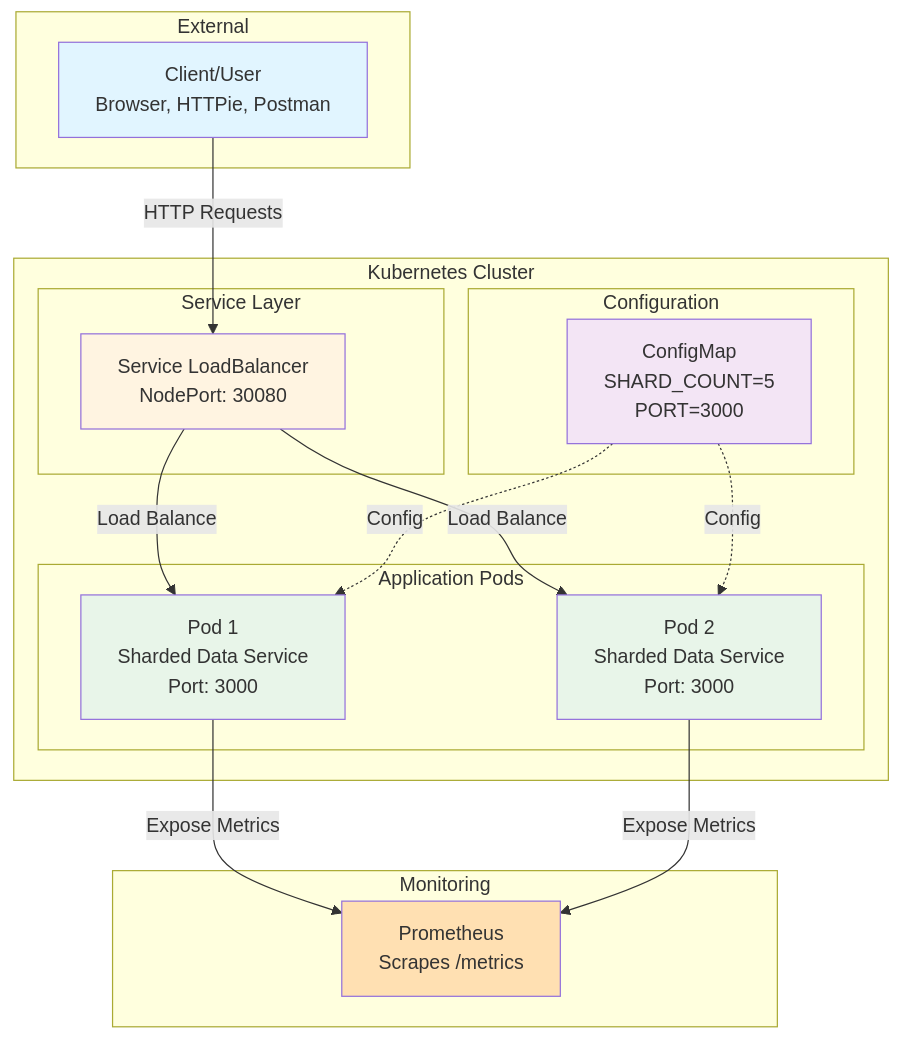
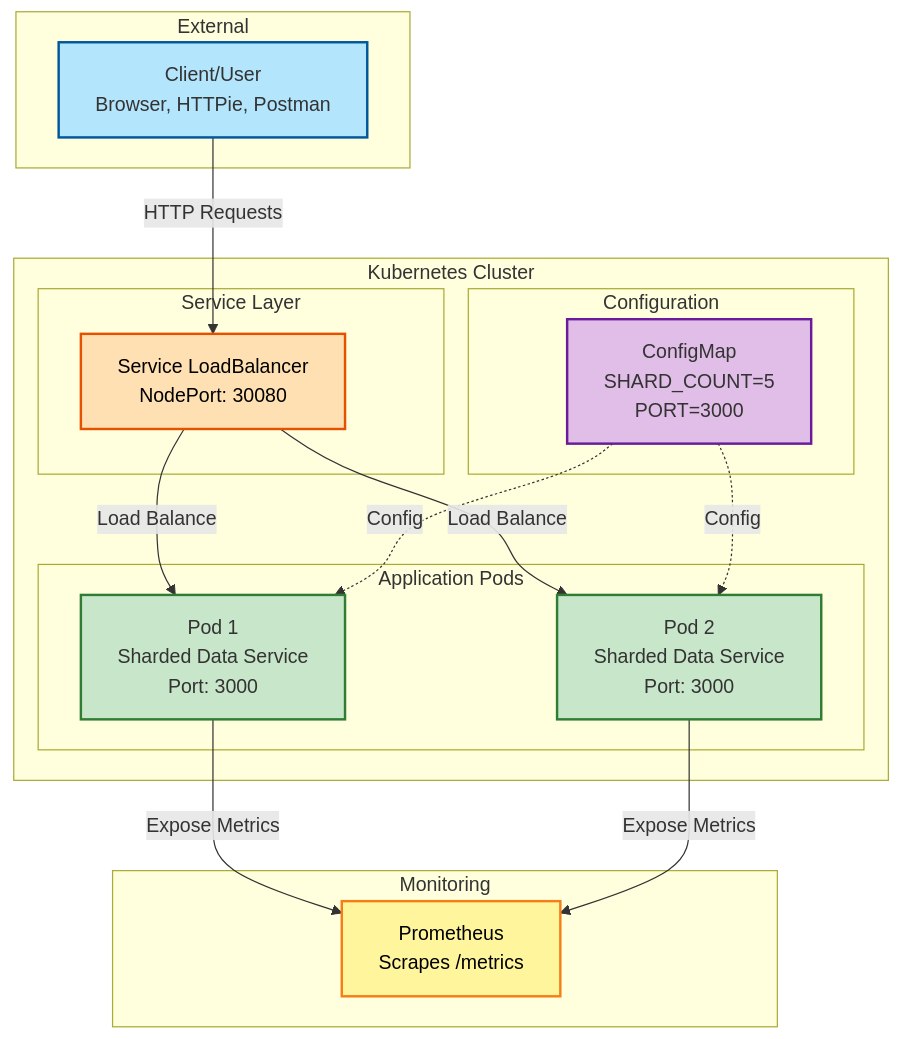
The first of 10 diagrams in ARCHITECTURE.md (Demilade01/sharded-data-service), drawn with Mermaid before and after one commit. The commit also changed other lines of this file, not shown here.

````diff
--- a/ARCHITECTURE.md
+++ b/ARCHITECTURE.md
@@ -24,40 +24,40 @@
 ```mermaid
 graph TB
     subgraph "External"
         Client[Client/User<br/>Browser, HTTPie, Postman]
     end
 
     subgraph "Kubernetes Cluster"
         subgraph "Service Layer"
             LB[Service LoadBalancer<br/>NodePort: 30080]
         end
 
         subgraph "Application Pods"
             Pod1[Pod 1<br/>Sharded Data Service<br/>Port: 3000]
             Pod2[Pod 2<br/>Sharded Data Service<br/>Port: 3000]
         end
 
         subgraph "Configuration"
             CM[ConfigMap<br/>SHARD_COUNT=5<br/>PORT=3000]
         end
     end
 
     subgraph "Monitoring"
         Prom[Prometheus<br/>Scrapes /metrics]
     end
 
     Client -->|HTTP Requests| LB
     LB -->|Load Balance| Pod1
     LB -->|Load Balance| Pod2
     CM -.->|Config| Pod1
     CM -.->|Config| Pod2
     Pod1 -->|Expose Metrics| Prom
     Pod2 -->|Expose Metrics| Prom
 
-    style Client fill:#e1f5ff
-    style LB fill:#fff4e1
-    style Pod1 fill:#e8f5e9
-    style Pod2 fill:#e8f5e9
-    style CM fill:#f3e5f5
-    style Prom fill:#ffe0b2
+    style Client fill:#b3e5fc,stroke:#01579b,stroke-width:2px
+    style LB fill:#ffe0b2,stroke:#e65100,stroke-width:2px,color:#000
+    style Pod1 fill:#c8e6c9,stroke:#2e7d32,stroke-width:2px
+    style Pod2 fill:#c8e6c9,stroke:#2e7d32,stroke-width:2px
+    style CM fill:#e1bee7,stroke:#6a1b9a,stroke-width:2px
+    style Prom fill:#fff59d,stroke:#f57f17,stroke-width:2px,color:#000
 ```
````
